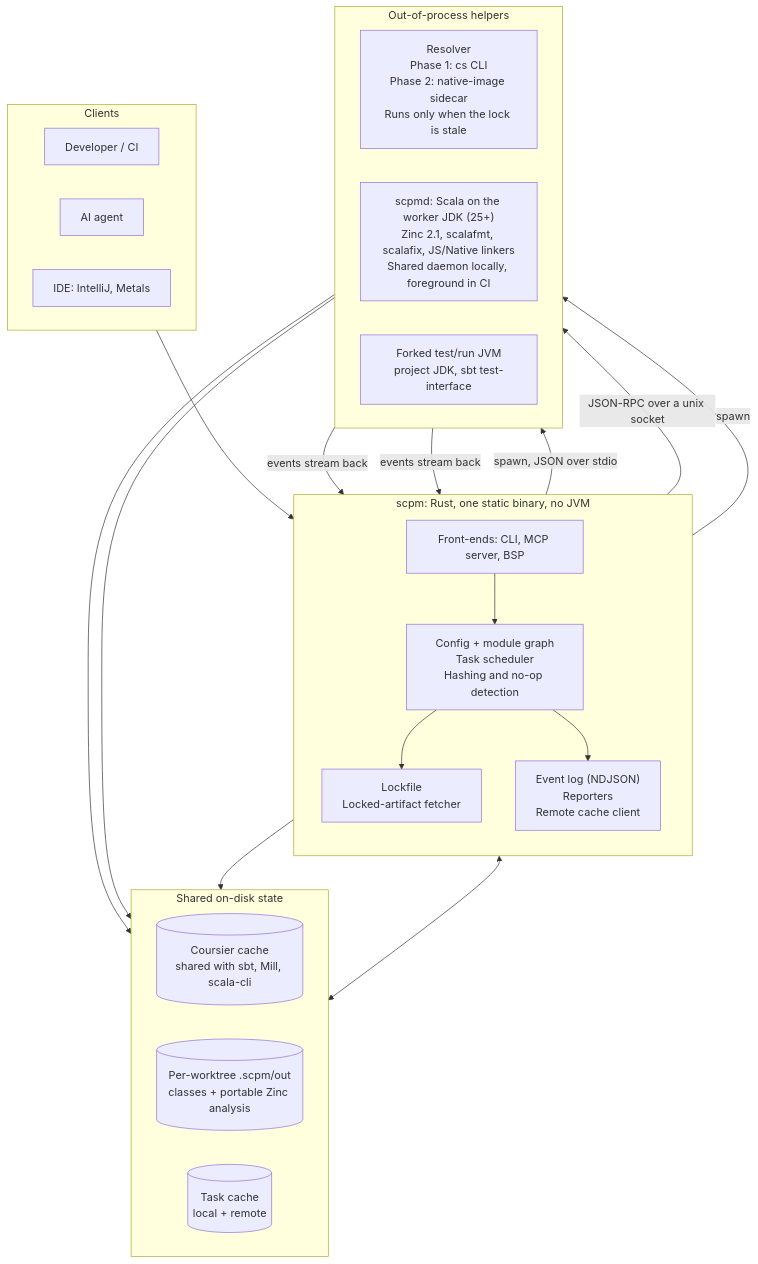
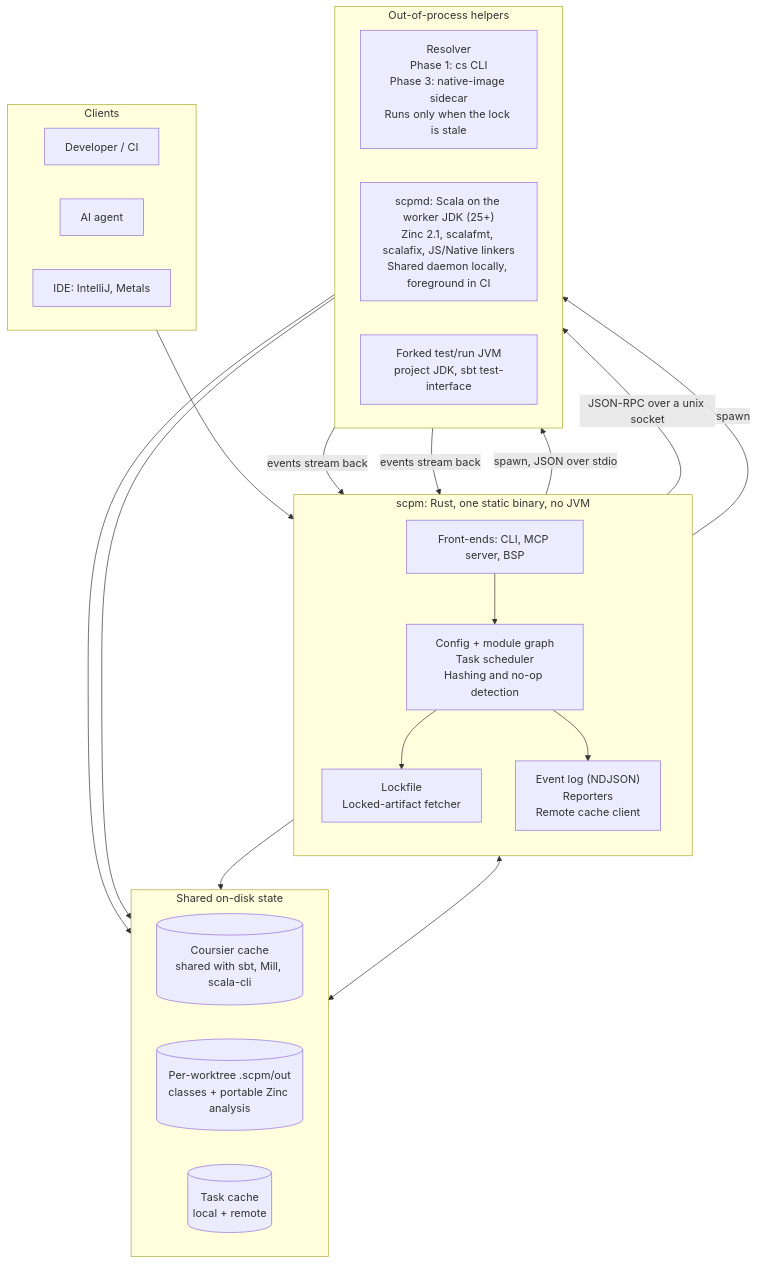
The diagram in docs/design.md (gatorcse/scpm), drawn with Mermaid before and after one commit. The commit also changed other lines of this file, not shown here.

Commit message:
docs: bare `catalog` syntax (YAML), sidecar in Phase 3, bearer tokens with cs

````diff
--- a/docs/design.md
+++ b/docs/design.md
@@ -91,45 +91,45 @@
 ```mermaid
 flowchart TB
     subgraph clients["Clients"]
         direction LR
         user["Developer / CI"]
         agent["AI agent"]
         ide["IDE: IntelliJ, Metals"]
     end
 
     subgraph cli["scpm: Rust, one static binary, no JVM"]
         direction TB
         front["Front-ends: CLI, MCP server, BSP"]
         core["Config + module graph<br/>Task scheduler<br/>Hashing and no-op detection"]
         deps["Lockfile<br/>Locked-artifact fetcher"]
         out["Event log (NDJSON)<br/>Reporters<br/>Remote cache client"]
         front --> core
         core --> deps
         core --> out
     end
 
     subgraph jvm["Out-of-process helpers"]
         direction LR
-        resolver["Resolver<br/>Phase 1: cs CLI<br/>Phase 2: native-image sidecar<br/>Runs only when the lock is stale"]
+        resolver["Resolver<br/>Phase 1: cs CLI<br/>Phase 3: native-image sidecar<br/>Runs only when the lock is stale"]
         scpmd["scpmd: Scala on the worker JDK (25+)<br/>Zinc 2.1, scalafmt, scalafix, JS/Native linkers<br/>Shared daemon locally, foreground in CI"]
         testjvm["Forked test/run JVM<br/>project JDK, sbt test-interface"]
     end
 
     subgraph disk["Shared on-disk state"]
         direction LR
         cscache[("Coursier cache<br/>shared with sbt, Mill, scala-cli")]
         outdir[("Per-worktree .scpm/out<br/>classes + portable Zinc analysis")]
         taskcache[("Task cache<br/>local + remote")]
     end
 
     clients --> front
     deps -- "spawn, JSON over stdio" --> resolver
     core -- "JSON-RPC over a unix socket" --> scpmd
     core -- "spawn" --> testjvm
     scpmd -- "events stream back" --> out
     testjvm -- "events stream back" --> out
     resolver --> cscache
     deps --> cscache
     scpmd --> outdir
     out <--> taskcache
 ```
````
